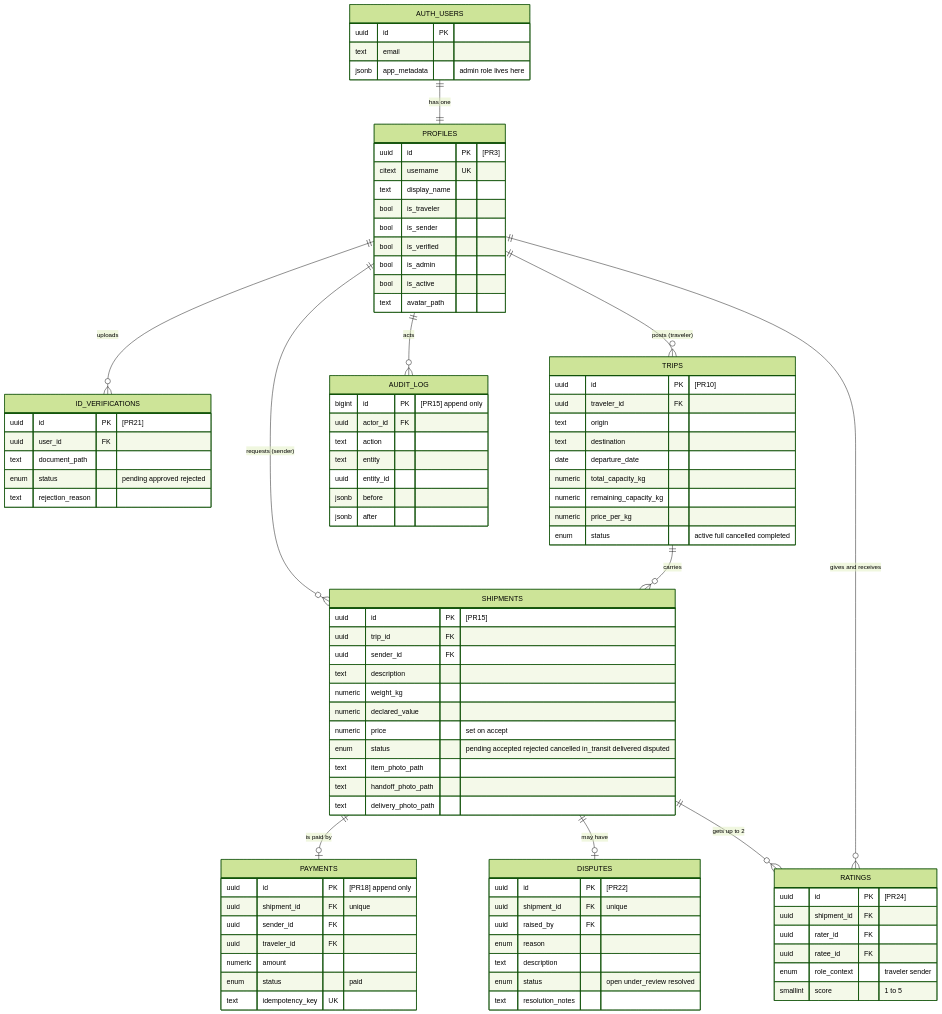
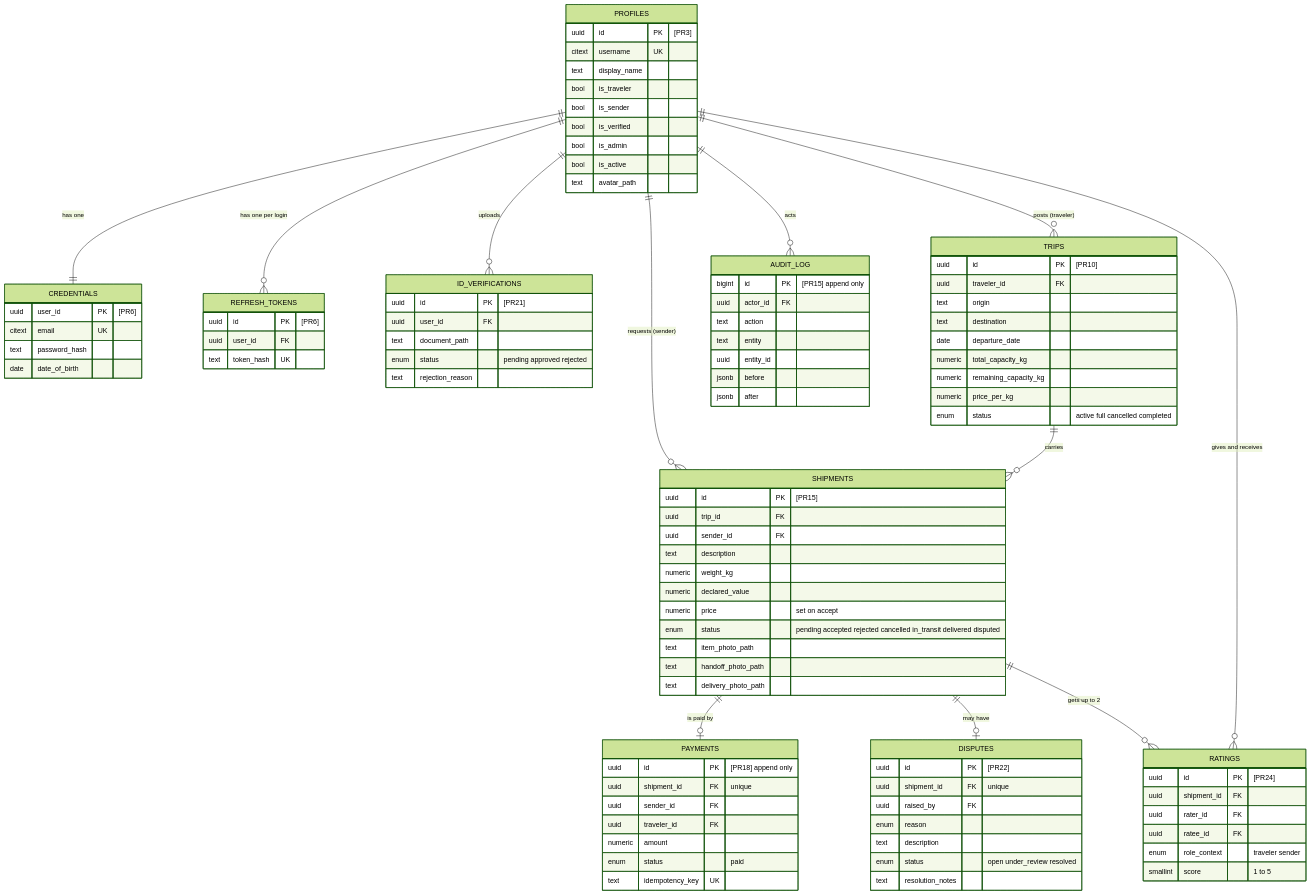
One commit to Abubakar-Zahir/cargoshare changed the first of 4 diagrams in docs/ROADMAP.md. Above: the diagram before and after it, drawn with Mermaid (forest theme). The commit also changed other lines of this file and 2 other files, not shown here.

Commit message:
docs: remove Supabase Auth from the backend spec and roadmap

````diff
--- a/docs/ROADMAP.md
+++ b/docs/ROADMAP.md
@@ -36,6 +36,7 @@
 ```mermaid
 erDiagram
-    AUTH_USERS ||--|| PROFILES : "has one"
+    PROFILES ||--|| CREDENTIALS : "has one"
+    PROFILES ||--o{ REFRESH_TOKENS : "has one per login"
     PROFILES ||--o{ ID_VERIFICATIONS : "uploads"
     PROFILES ||--o{ TRIPS : "posts (traveler)"
     PROFILES ||--o{ SHIPMENTS : "requests (sender)"
@@ -46,10 +47,16 @@
     PROFILES ||--o{ RATINGS : "gives and receives"
     PROFILES ||--o{ AUDIT_LOG : "acts"
 
-    AUTH_USERS {
-        uuid id PK
-        text email
-        jsonb app_metadata "admin role lives here"
+    CREDENTIALS {
+        uuid user_id PK "[PR6]"
+        citext email UK
+        text password_hash
+        date date_of_birth
+    }
+    REFRESH_TOKENS {
+        uuid id PK "[PR6]"
+        uuid user_id FK
+        text token_hash UK
     }
     PROFILES {
         uuid id PK "[PR3]"
````
